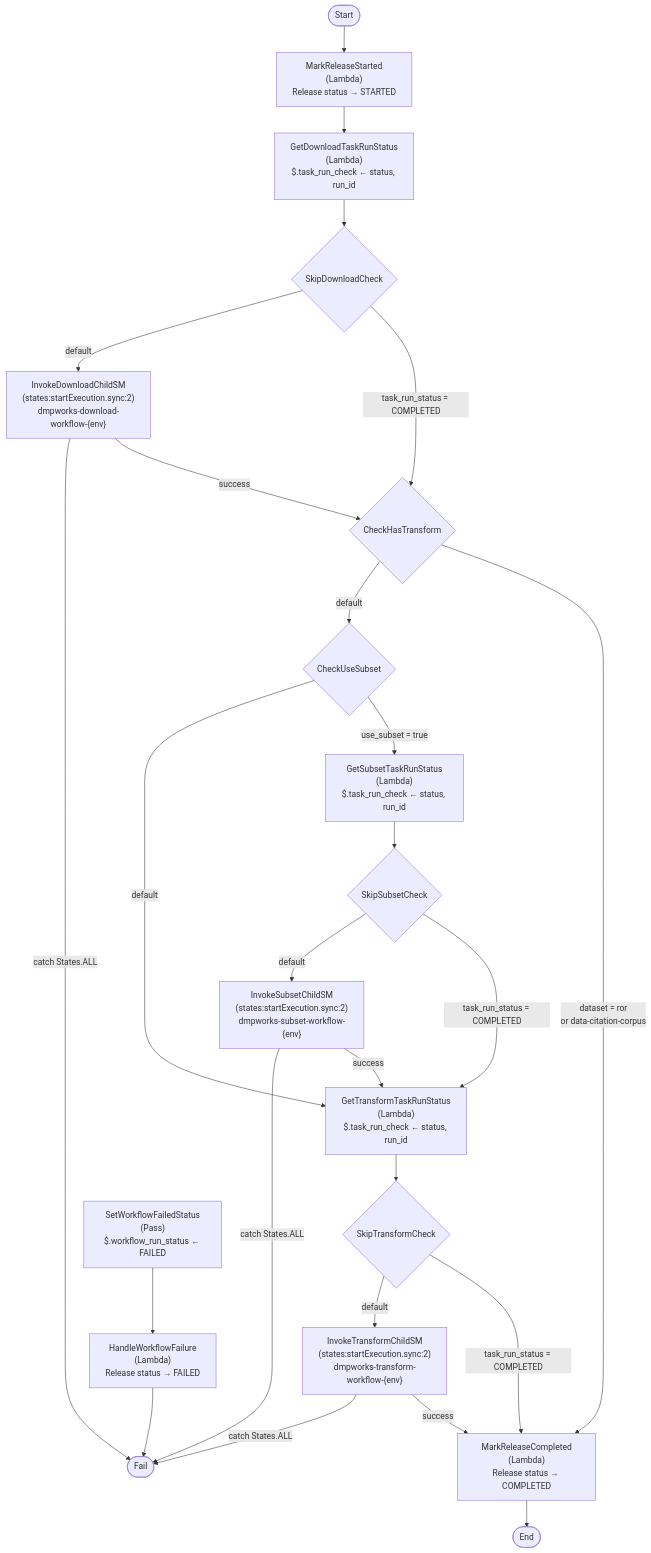
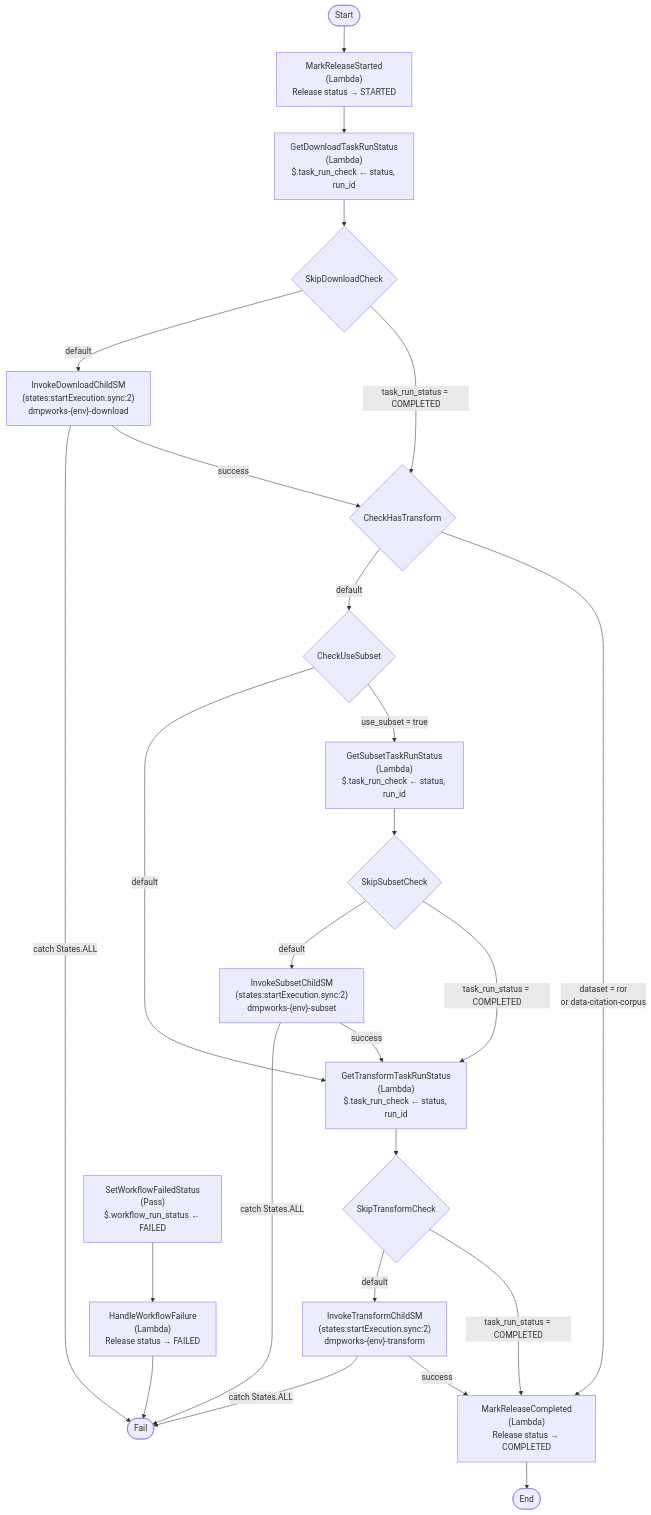
The first of 2 diagrams in infra/templates/state_machines/dataset_ingest_workflow/dataset_ingest_workflow.md (CDLUC3/dmptool-works-matching), drawn with Mermaid before and after one commit. The commit also changed 25 other files, not shown here.

````diff
--- a/infra/templates/state_machines/dataset_ingest_workflow/dataset_ingest_workflow.md
+++ b/infra/templates/state_machines/dataset_ingest_workflow/dataset_ingest_workflow.md
@@ -7,59 +7,59 @@
 ```mermaid
 flowchart TD
     Start([Start]) --> MarkReleaseStarted
 
     MarkReleaseStarted["MarkReleaseStarted\n(Lambda)\nRelease status → STARTED"]
     MarkReleaseStarted --> GetDownloadTaskRunStatus
 
     GetDownloadTaskRunStatus["GetDownloadTaskRunStatus\n(Lambda)\n$.task_run_check ← status, run_id"]
     GetDownloadTaskRunStatus --> SkipDownloadCheck
 
     SkipDownloadCheck{SkipDownloadCheck}
     SkipDownloadCheck -->|task_run_status = COMPLETED| CheckHasTransform
     SkipDownloadCheck -->|default| InvokeDownloadChildSM
 
-    InvokeDownloadChildSM["InvokeDownloadChildSM\n(states:startExecution.sync:2)\ndmpworks-download-workflow-{env}"]
+    InvokeDownloadChildSM["InvokeDownloadChildSM\n(states:startExecution.sync:2)\ndmpworks-{env}-download"]
     InvokeDownloadChildSM -->|success| CheckHasTransform
     InvokeDownloadChildSM -->|catch States.ALL| WorkflowFailed
 
     CheckHasTransform{CheckHasTransform}
     CheckHasTransform -->|dataset = ror\nor data-citation-corpus| MarkReleaseCompleted
     CheckHasTransform -->|default| CheckUseSubset
 
     CheckUseSubset{CheckUseSubset}
     CheckUseSubset -->|use_subset = true| GetSubsetTaskRunStatus
     CheckUseSubset -->|default| GetTransformTaskRunStatus
 
     GetSubsetTaskRunStatus["GetSubsetTaskRunStatus\n(Lambda)\n$.task_run_check ← status, run_id"]
     GetSubsetTaskRunStatus --> SkipSubsetCheck
 
     SkipSubsetCheck{SkipSubsetCheck}
     SkipSubsetCheck -->|task_run_status = COMPLETED| GetTransformTaskRunStatus
     SkipSubsetCheck -->|default| InvokeSubsetChildSM
 
-    InvokeSubsetChildSM["InvokeSubsetChildSM\n(states:startExecution.sync:2)\ndmpworks-subset-workflow-{env}"]
+    InvokeSubsetChildSM["InvokeSubsetChildSM\n(states:startExecution.sync:2)\ndmpworks-{env}-subset"]
     InvokeSubsetChildSM -->|success| GetTransformTaskRunStatus
     InvokeSubsetChildSM -->|catch States.ALL| WorkflowFailed
 
     GetTransformTaskRunStatus["GetTransformTaskRunStatus\n(Lambda)\n$.task_run_check ← status, run_id"]
     GetTransformTaskRunStatus --> SkipTransformCheck
 
     SkipTransformCheck{SkipTransformCheck}
     SkipTransformCheck -->|task_run_status = COMPLETED| MarkReleaseCompleted
     SkipTransformCheck -->|default| InvokeTransformChildSM
 
-    InvokeTransformChildSM["InvokeTransformChildSM\n(states:startExecution.sync:2)\ndmpworks-transform-workflow-{env}"]
+    InvokeTransformChildSM["InvokeTransformChildSM\n(states:startExecution.sync:2)\ndmpworks-{env}-transform"]
     InvokeTransformChildSM -->|success| MarkReleaseCompleted
     InvokeTransformChildSM -->|catch States.ALL| WorkflowFailed
 
     MarkReleaseCompleted["MarkReleaseCompleted\n(Lambda)\nRelease status → COMPLETED"]
     MarkReleaseCompleted --> End([End])
 
     SetWorkflowFailedStatus["SetWorkflowFailedStatus\n(Pass)\n$.workflow_run_status ← FAILED"]
     SetWorkflowFailedStatus --> HandleWorkflowFailure
 
     HandleWorkflowFailure["HandleWorkflowFailure\n(Lambda)\nRelease status → FAILED"]
     HandleWorkflowFailure --> WorkflowFailed
 
     WorkflowFailed([Fail])
 ```
````
